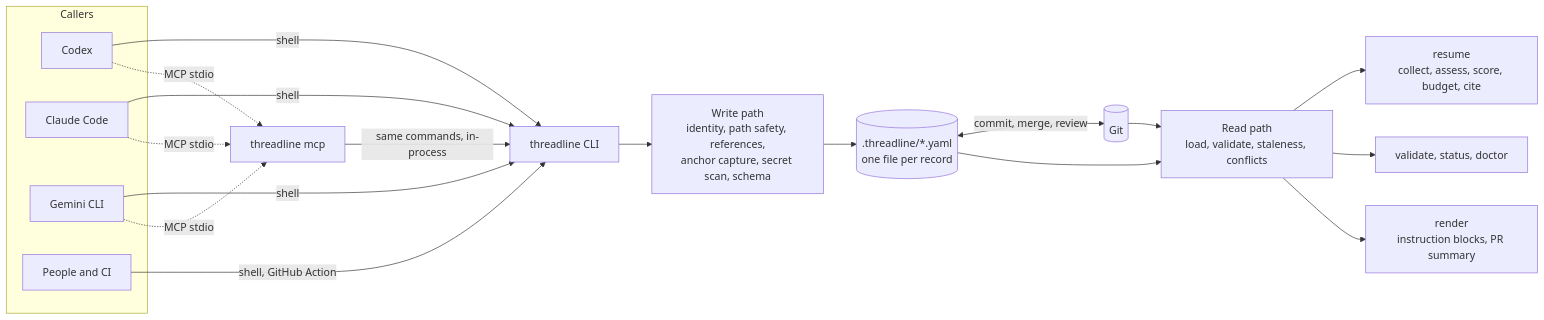
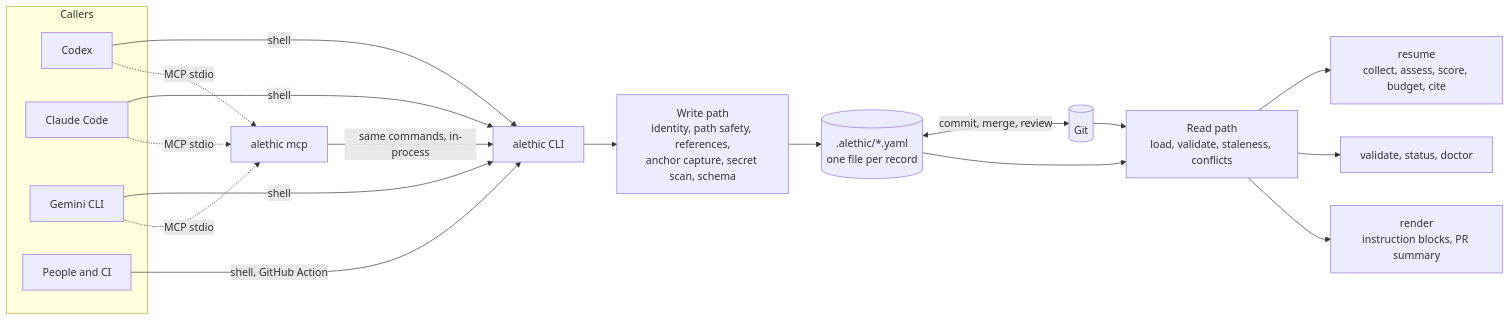
Before and after one commit to shubhambaid/Threadline: the first of 2 diagrams in docs/architecture.md, drawn with Mermaid. The commit also changed other lines of this file and 112 other files, not shown here.

````diff
--- a/docs/architecture.md
+++ b/docs/architecture.md
@@ -5,28 +5,28 @@
 ```mermaid
 flowchart LR
   subgraph Callers
     codex[Codex]
     claude[Claude Code]
     gemini[Gemini CLI]
     people[People and CI]
   end
 
-  codex -->|shell| cli[threadline CLI]
+  codex -->|shell| cli[alethic CLI]
   claude -->|shell| cli
   gemini -->|shell| cli
   people -->|shell, GitHub Action| cli
-  claude -.->|MCP stdio| mcp[threadline mcp]
+  claude -.->|MCP stdio| mcp[alethic mcp]
   codex -.->|MCP stdio| mcp
   gemini -.->|MCP stdio| mcp
   mcp -->|same commands, in-process| cli
 
   cli --> write["Write path<br/>identity, path safety, references,<br/>anchor capture, secret scan, schema"]
-  write --> files[(".threadline/*.yaml<br/>one file per record")]
+  write --> files[(".alethic/*.yaml<br/>one file per record")]
   files <-->|commit, merge, review| git[(Git)]
 
   files --> read["Read path<br/>load, validate, staleness, conflicts"]
   git --> read
   read --> resume["resume<br/>collect, assess, score, budget, cite"]
   read --> checks["validate, status, doctor"]
   read --> render["render<br/>instruction blocks, PR summary"]
 ```
````
